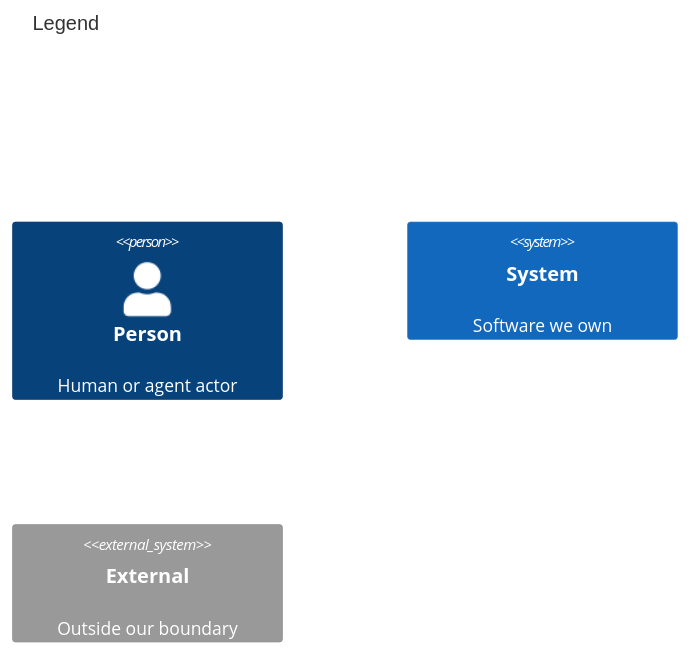
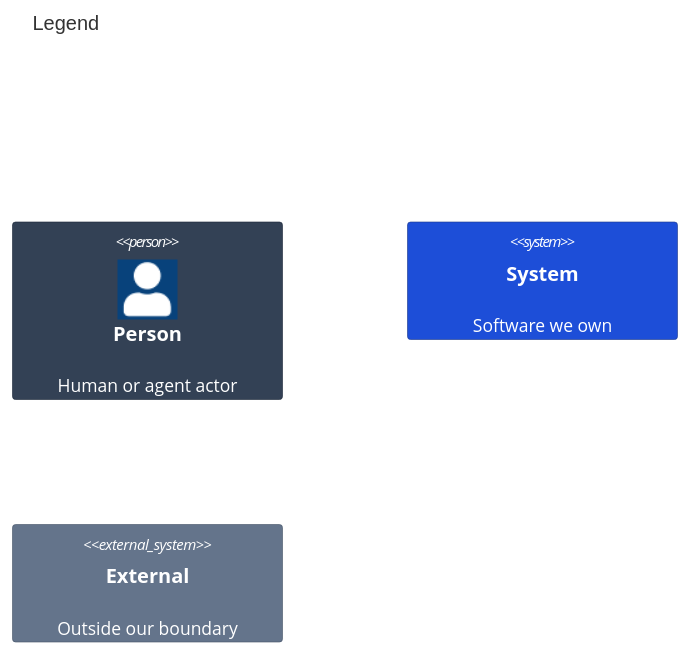
One commit to may-journal/journey changed the second of 2 diagrams in docs/architecture/01-system-context.md. Above: the diagram before and after it, drawn with Mermaid. The commit also changed other lines of this file and 4 other files, not shown here.

First line of the commit message:
docs(architecture): draw each view in its level's form and palette (#17)

````diff
--- a/docs/architecture/01-system-context.md
+++ b/docs/architecture/01-system-context.md
@@ -23,8 +29,12 @@
 ```mermaid
 C4Context
     title Legend
 
     Person(p, "Person", "Human or agent actor")
     System(s, "System", "Software we own")
     System_Ext(e, "External", "Outside our boundary")
+
+    UpdateElementStyle(p, $bgColor="#334155", $borderColor="#1e293b", $fontColor="#ffffff")
+    UpdateElementStyle(s, $bgColor="#1d4ed8", $borderColor="#1e3a8a", $fontColor="#ffffff")
+    UpdateElementStyle(e, $bgColor="#64748b", $borderColor="#475569", $fontColor="#ffffff")
 ```
````
